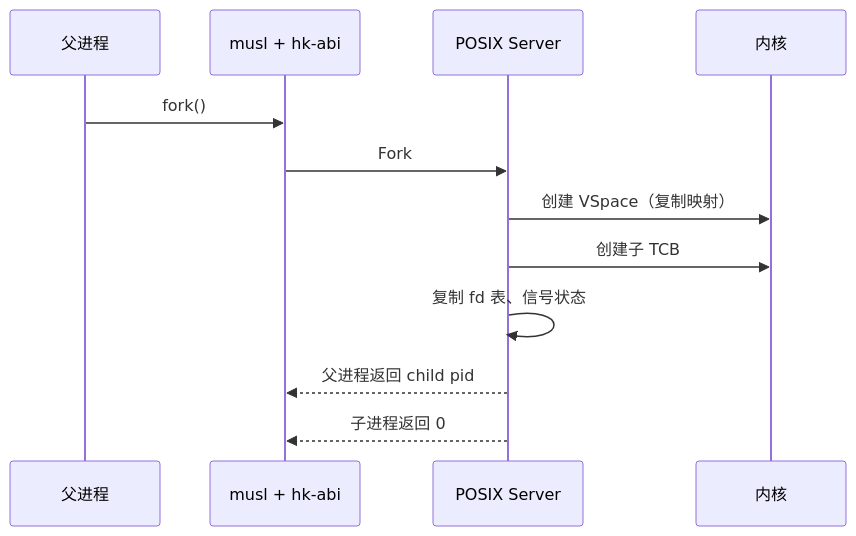
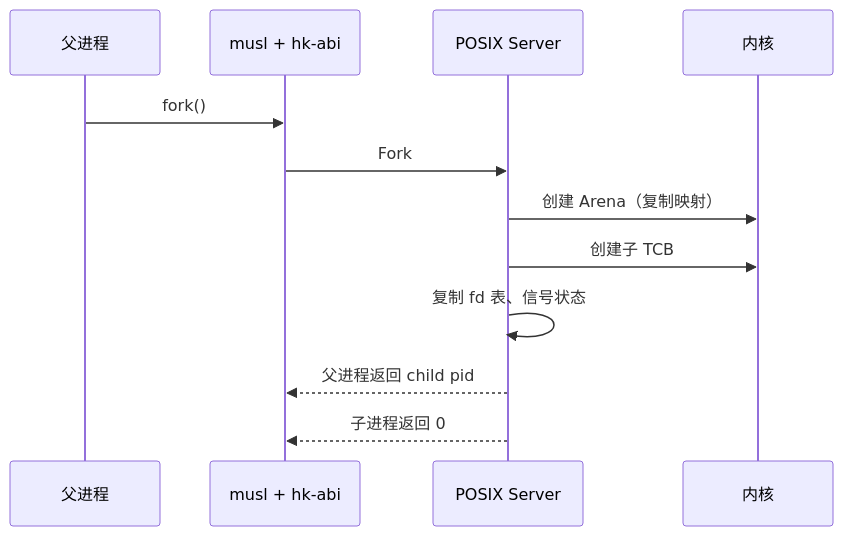
Before and after one commit to hongweifei/HolyKernel: the second of 3 diagrams in docs/posix.md, drawn with Mermaid. The commit also changed other lines of this file and 35 other files, not shown here.

````diff
--- a/docs/posix.md
+++ b/docs/posix.md
@@ -184,14 +184,14 @@
 ```mermaid
 sequenceDiagram
     participant App as 父进程
     participant Libc as musl + hk-abi
     participant POSIX as POSIX Server
     participant K as 内核
     App->>Libc: fork()
     Libc->>POSIX: Fork
-    POSIX->>K: 创建 VSpace（复制映射）
+    POSIX->>K: 创建 Arena（复制映射）
     POSIX->>K: 创建子 TCB
     POSIX->>POSIX: 复制 fd 表、信号状态
     POSIX-->>Libc: 父进程返回 child pid
     POSIX-->>Libc: 子进程返回 0
 ```
````
